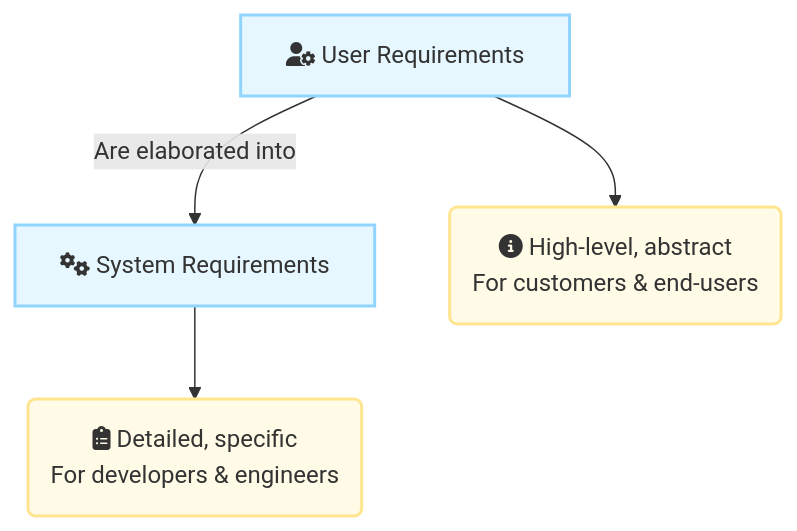
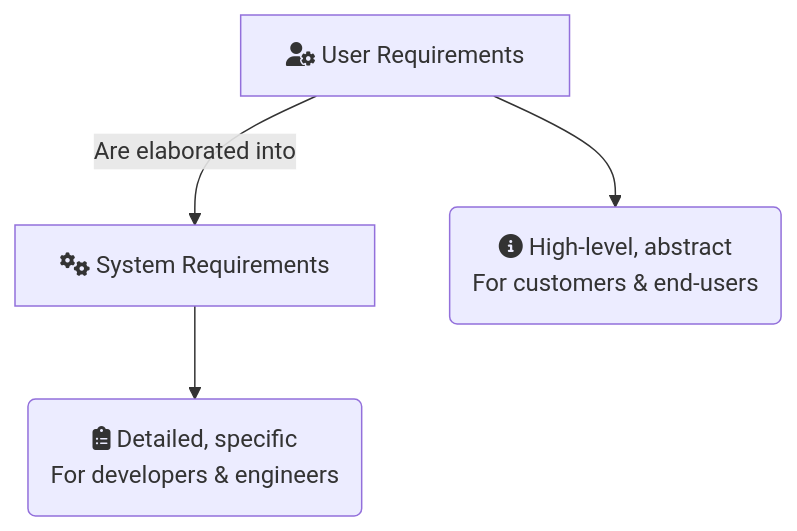
The first of 3 diagrams in docs/mca/se/u11/u11.md (sujith-eag/sujith-library), drawn with Mermaid before and after one commit. The commit also changed other lines of this file and 41 other files, not shown here.

First line of the commit message:
Refactor diagrams and remove redundant styles in documentation

````diff
--- a/docs/mca/se/u11/u11.md
+++ b/docs/mca/se/u11/u11.md
@@ -24,10 +24,8 @@
 ```mermaid
 graph TD
-    classDef reqLevel fill:#e6f7ff,stroke:#91d5ff,stroke-width:2px;
-    classDef details fill:#fffbe6,stroke:#ffe58f,stroke-width:2px;
 
     A[fa:fa-user-cog User Requirements]:::reqLevel -- "Are elaborated into" --> B[fa:fa-cogs System Requirements]:::reqLevel;
     
     A --> A_Details("fa:fa-info-circle High-level, abstract<br>For customers & end-users<br>"):::details;
     B --> B_Details("fa:fa-clipboard-list Detailed, specific<br>For developers & engineers<br>"):::details;
 ```
````
